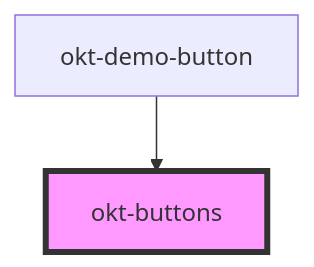
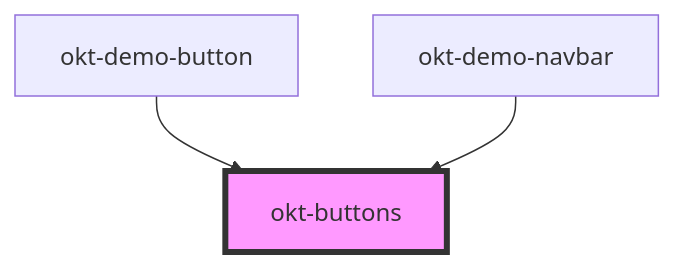
The diagram in src/components/buttons/readme.md (oktopusdgtl/bulma-components), drawn with Mermaid before and after one commit. The commit also changed other lines of this file and 37 other files, not shown here.

````diff
--- a/src/components/buttons/readme.md
+++ b/src/components/buttons/readme.md
@@ -24,5 +25,6 @@
 ```mermaid
 graph TD;
   okt-demo-button --> okt-buttons
+  okt-demo-navbar --> okt-buttons
   style okt-buttons fill:#f9f,stroke:#333,stroke-width:4px
 ```
````
